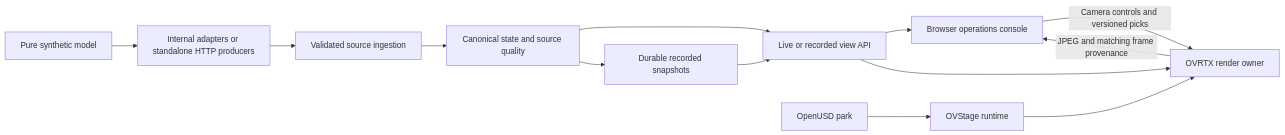
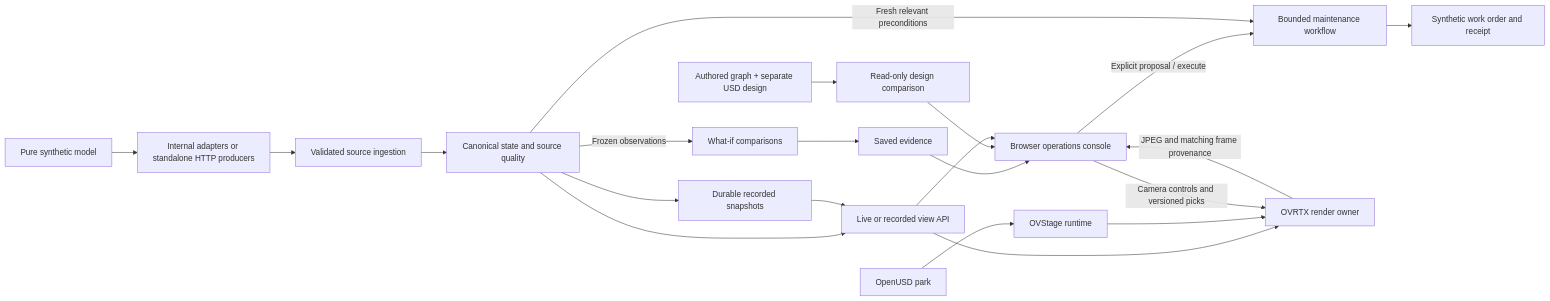
One commit to mvovk911/theme-park-digital-twin changed the diagram in README.md. Above: the diagram before and after it, drawn with Mermaid. The commit also changed other lines of this file and 27 other files, not shown here.

Commit message:
Publish GPU workflow evidence and reconcile experiment ledgers

````diff
--- a/README.md
+++ b/README.md
@@ -55,15 +55,23 @@
 ```mermaid
 flowchart LR
   MODEL[Pure synthetic model] --> FEEDS[Internal adapters or standalone HTTP producers]
   FEEDS --> ACCEPT[Validated source ingestion]
   ACCEPT --> STATE[Canonical state and source quality]
   STATE --> API[Live or recorded view API]
   STORE[Durable recorded snapshots] --> API
   STATE --> STORE
+  STATE -->|Frozen observations| PLAN[What-if comparisons]
+  PLAN --> EVIDENCE[Saved evidence]
+  EVIDENCE --> UI
+  UI -->|Explicit proposal / execute| WORKFLOW[Bounded maintenance workflow]
+  STATE -->|Fresh relevant preconditions| WORKFLOW
+  WORKFLOW --> CMMS[Synthetic work order and receipt]
+  DESIGN[Authored graph + separate USD design] --> SPATIAL[Read-only design comparison]
+  SPATIAL --> UI
   API --> UI[Browser operations console]
   API --> RTX[OVRTX render owner]
   USD[OpenUSD park] --> STAGE[OVStage runtime]
   STAGE --> RTX
   RTX -->|JPEG and matching frame provenance| UI
   UI -->|Camera controls and versioned picks| RTX
 ```
````
